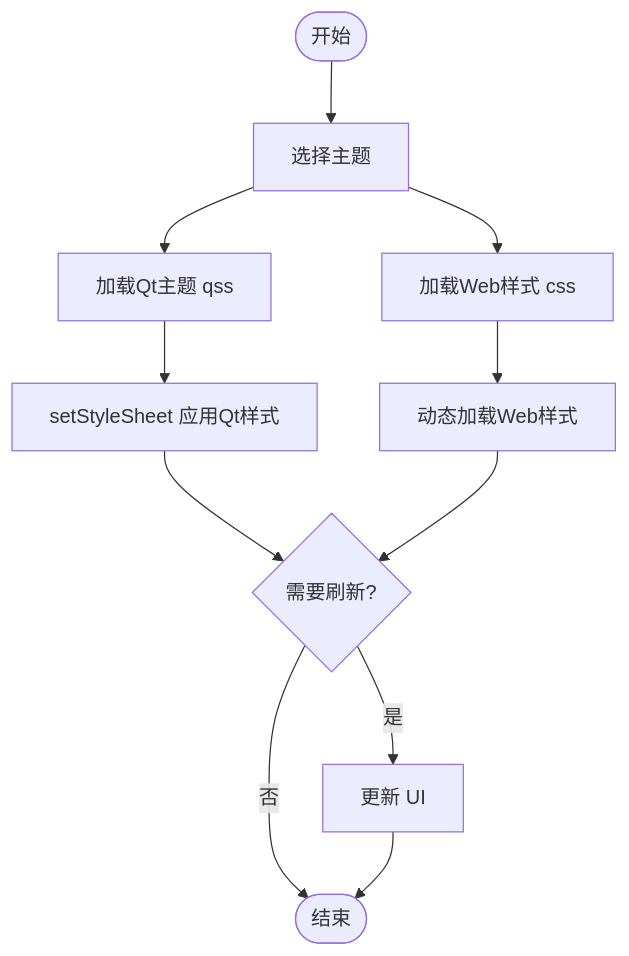
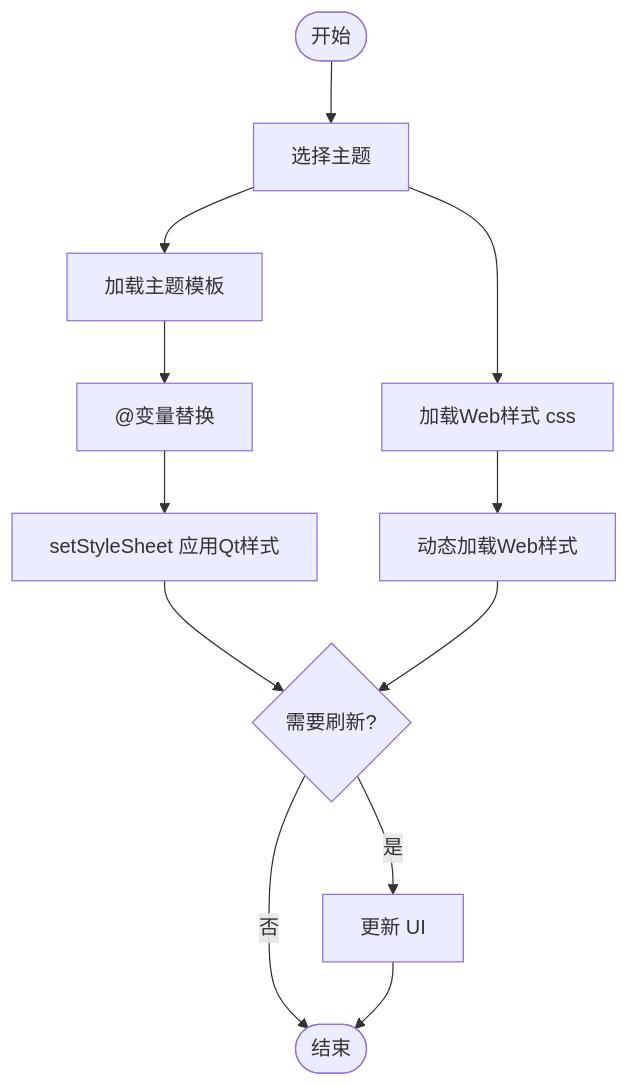
The fourth of 4 diagrams in .qoder/repowiki/zh/content/样式系统/样式系统.md (jakecai1225-design/OpenBus), drawn with Mermaid before and after one commit. The commit also changed other lines of this file and 71 other files, not shown here.

Commit message:
graphic trace

````diff
--- a/.qoder/repowiki/zh/content/样式系统/样式系统.md
+++ b/.qoder/repowiki/zh/content/样式系统/样式系统.md
@@ -418,13 +490,14 @@
 ```mermaid
 flowchart TD
 Start(["开始"]) --> SelectTheme["选择主题"]
-SelectTheme --> LoadQSS["加载Qt主题 qss"]
-LoadQSS --> ApplyQSS["setStyleSheet 应用Qt样式"]
+SelectTheme --> LoadTemplate["加载主题模板"]
+LoadTemplate --> ReplaceVars["@变量替换"]
+ReplaceVars --> ApplyQSS["setStyleSheet 应用Qt样式"]
 SelectTheme --> LoadCSS["加载Web样式 css"]
 LoadCSS --> ApplyCSS["动态加载Web样式"]
 ApplyQSS --> Refresh{"需要刷新?"}
 ApplyCSS --> Refresh
 Refresh --> |是| UpdateUI["更新 UI"]
 Refresh --> |否| End(["结束"])
 UpdateUI --> End
 ```
````
